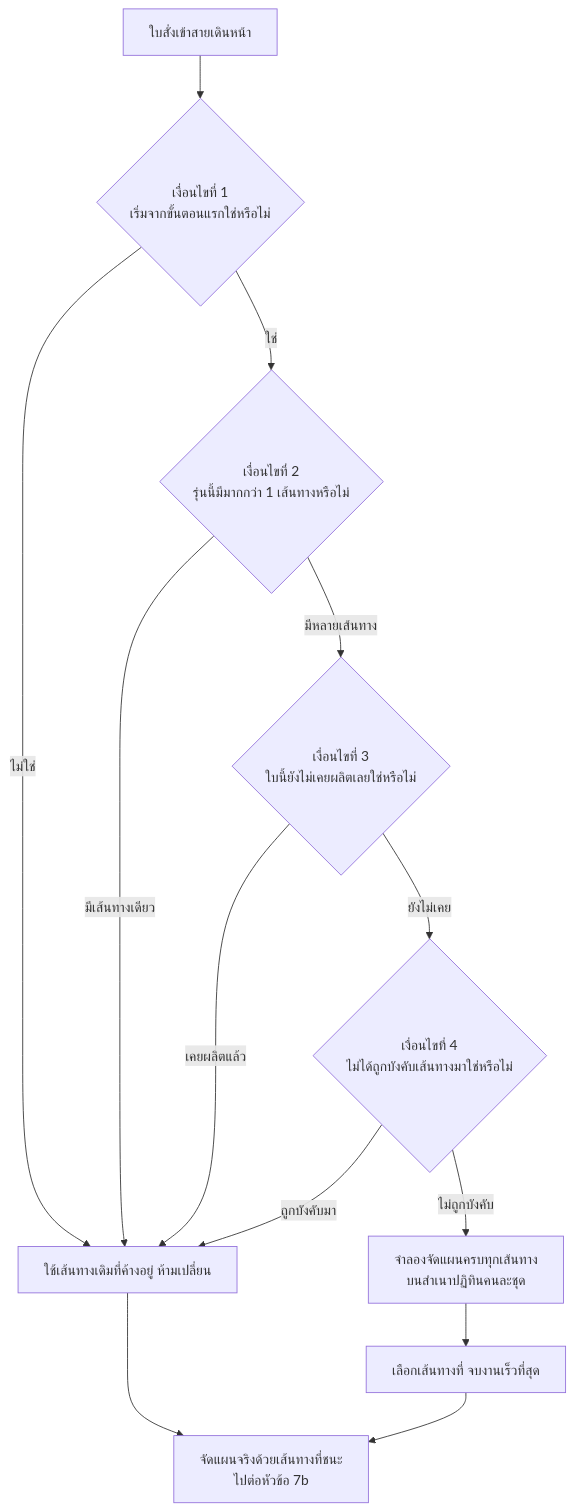
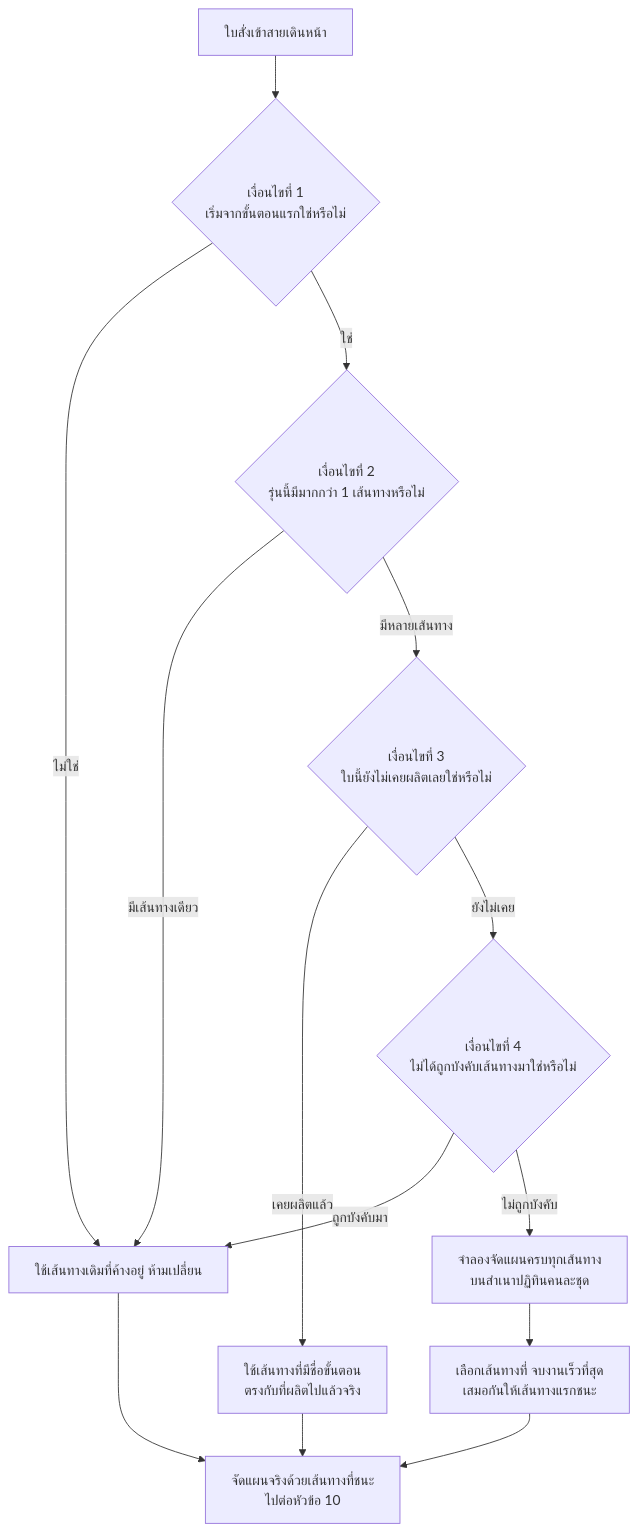
Before and after one commit to kornt-alt/mse-pc-auto-plan: the tenth of 14 diagrams in backend/docs/SCHEDULER_FLOW.md, drawn with Mermaid. The commit also changed other lines of this file, not shown here.

````diff
--- a/backend/docs/SCHEDULER_FLOW.md
+++ b/backend/docs/SCHEDULER_FLOW.md
@@ -372,16 +546,17 @@
 ```mermaid
 flowchart TD
     A["ใบสั่งเข้าสายเดินหน้า"] --> C1{"เงื่อนไขที่ 1<br/>เริ่มจากขั้นตอนแรกใช่หรือไม่"}
     C1 -->|"ไม่ใช่"| LOCK["ใช้เส้นทางเดิมที่ค้างอยู่ ห้ามเปลี่ยน"]
     C1 -->|"ใช่"| C2{"เงื่อนไขที่ 2<br/>รุ่นนี้มีมากกว่า 1 เส้นทางหรือไม่"}
     C2 -->|"มีเส้นทางเดียว"| LOCK
     C2 -->|"มีหลายเส้นทาง"| C3{"เงื่อนไขที่ 3<br/>ใบนี้ยังไม่เคยผลิตเลยใช่หรือไม่"}
-    C3 -->|"เคยผลิตแล้ว"| LOCK
+    C3 -->|"เคยผลิตแล้ว"| LOCK2["ใช้เส้นทางที่มีชื่อขั้นตอน<br/>ตรงกับที่ผลิตไปแล้วจริง"]
     C3 -->|"ยังไม่เคย"| C4{"เงื่อนไขที่ 4<br/>ไม่ได้ถูกบังคับเส้นทางมาใช่หรือไม่"}
     C4 -->|"ถูกบังคับมา"| LOCK
     C4 -->|"ไม่ถูกบังคับ"| SIM["จำลองจัดแผนครบทุกเส้นทาง<br/>บนสำเนาปฏิทินคนละชุด"]
 
-    SIM --> PICK["เลือกเส้นทางที่ จบงานเร็วที่สุด"]
-    PICK --> RUN["จัดแผนจริงด้วยเส้นทางที่ชนะ<br/>ไปต่อหัวข้อ 7b"]
+    SIM --> PICK["เลือกเส้นทางที่ จบงานเร็วที่สุด<br/>เสมอกันให้เส้นทางแรกชนะ"]
+    PICK --> RUN["จัดแผนจริงด้วยเส้นทางที่ชนะ<br/>ไปต่อหัวข้อ 10"]
     LOCK --> RUN
+    LOCK2 --> RUN
 ```
````
